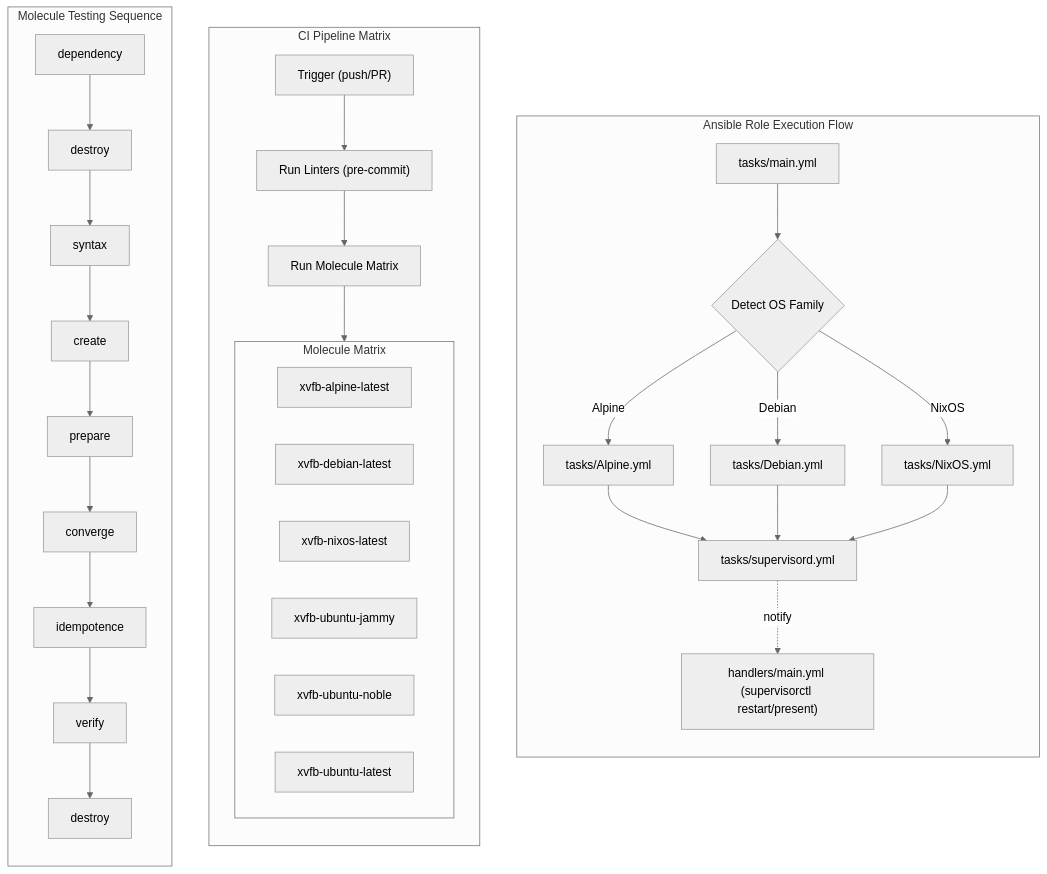
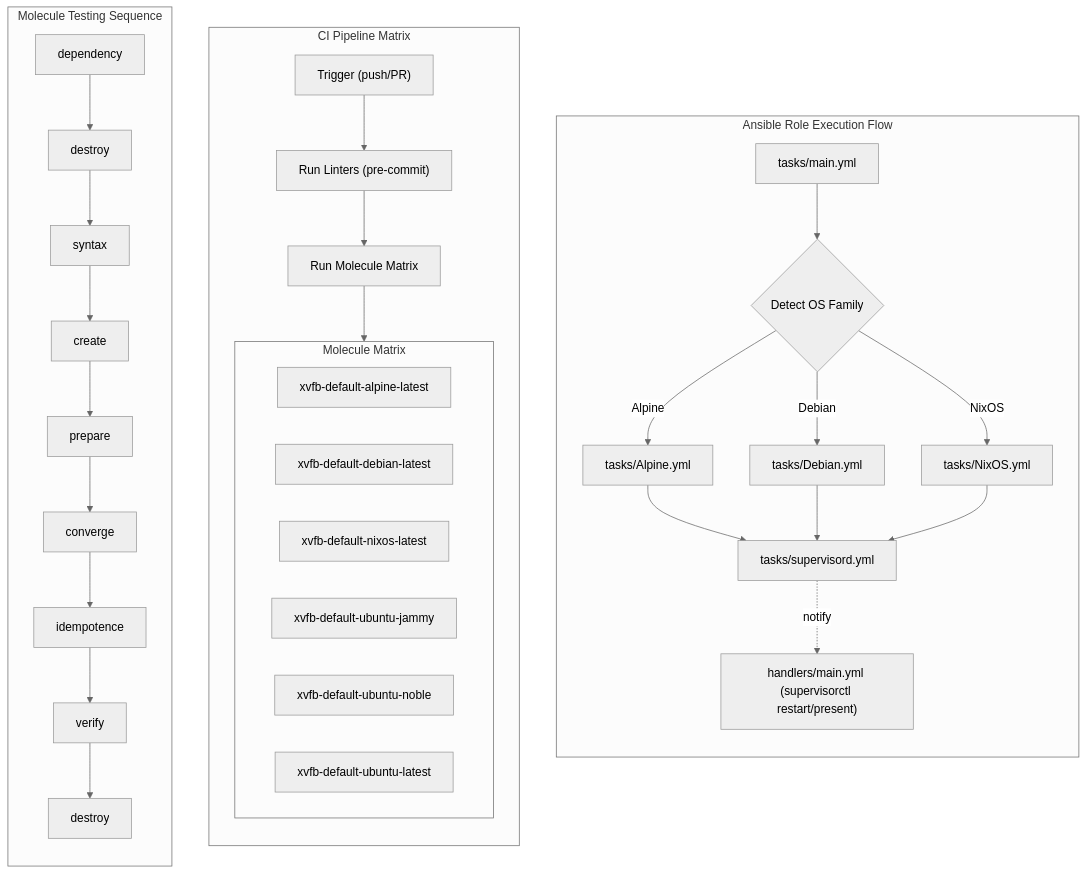
The diagram in docs/FLOWS.mmd (EA31337/ansible-role-xvfb), drawn with Mermaid (neutral theme) before and after one commit. The commit also changed 3 other files, not shown here.

```diff
--- a/docs/FLOWS.mmd
+++ b/docs/FLOWS.mmd
@@ -1,41 +1,41 @@
 %% docs/FLOWS.mmd
 flowchart TD
     subgraph Ansible_Role_Execution [Ansible Role Execution Flow]
         direction TB
         RE1["tasks/main.yml"] --> RE2{"Detect OS Family"}
         RE2 -->|Alpine| RE3["tasks/Alpine.yml"]
         RE2 -->|Debian| RE4["tasks/Debian.yml"]
         RE2 -->|NixOS| RE5["tasks/NixOS.yml"]
         RE3 --> RE6["tasks/supervisord.yml"]
         RE4 --> RE6
         RE5 --> RE6
         RE6 -.->|notify| RE7["handlers/main.yml (supervisorctl restart/present)"]
     end
 
     subgraph CI_Pipeline [CI Pipeline Matrix]
         direction TB
         CI1["Trigger (push/PR)"] --> CI2["Run Linters (pre-commit)"]
         CI2 --> CI3["Run Molecule Matrix"]
         subgraph Molecule_Matrix [Molecule Matrix]
             direction LR
-            CI4["xvfb-alpine-latest"]
-            CI5["xvfb-debian-latest"]
-            CI6["xvfb-nixos-latest"]
-            CI7["xvfb-ubuntu-jammy"]
-            CI8["xvfb-ubuntu-noble"]
-            CI9["xvfb-ubuntu-latest"]
+            CI4["xvfb-default-alpine-latest"]
+            CI5["xvfb-default-debian-latest"]
+            CI6["xvfb-default-nixos-latest"]
+            CI7["xvfb-default-ubuntu-jammy"]
+            CI8["xvfb-default-ubuntu-noble"]
+            CI9["xvfb-default-ubuntu-latest"]
         end
         CI3 --> Molecule_Matrix
     end
 
     subgraph Molecule_Testing_Flow [Molecule Testing Sequence]
         direction TB
         M1["dependency"] --> M2["destroy"]
         M2 --> M3["syntax"]
         M3 --> M4["create"]
         M4 --> M5["prepare"]
         M5 --> M6["converge"]
         M6 --> M7["idempotence"]
         M7 --> M8["verify"]
         M8 --> M9["destroy"]
     end
```
